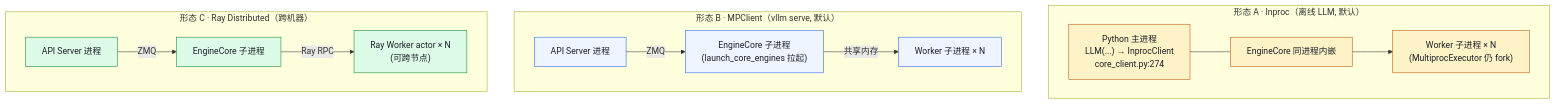
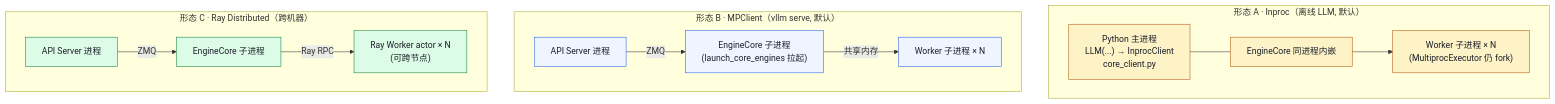
Before and after one commit to jwzheng96/vllm-learning-book: the second of 3 diagrams in 01-overview/05-process-and-ipc-internals.md, drawn with Mermaid. The commit also changed other lines of this file and 29 other files, not shown here.

````diff
--- a/01-overview/05-process-and-ipc-internals.md
+++ b/01-overview/05-process-and-ipc-internals.md
@@ -92,28 +109,28 @@
 ```mermaid
 flowchart TB
     subgraph A["形态 A · Inproc（离线 LLM, 默认）"]
-        A1["Python 主进程<br/>LLM(...) → InprocClient<br/>core_client.py:274"]
+        A1["Python 主进程<br/>LLM(...) → InprocClient<br/>core_client.py"]
         A2["EngineCore 同进程内嵌"]
         A3["Worker 子进程 × N<br/>(MultiprocExecutor 仍 fork)"]
         A1 --- A2 --> A3
     end
     subgraph B["形态 B · MPClient（vllm serve, 默认）"]
         B1["API Server 进程"]
         B2["EngineCore 子进程<br/>(launch_core_engines 拉起)"]
         B3["Worker 子进程 × N"]
         B1 -- ZMQ --> B2 -- 共享内存 --> B3
     end
     subgraph C["形态 C · Ray Distributed（跨机器）"]
         C1["API Server 进程"]
         C2["EngineCore 子进程"]
         C3["Ray Worker actor × N<br/>(可跨节点)"]
         C1 -- ZMQ --> C2 -- Ray RPC --> C3
     end
 
     classDef a fill:#fef3c7,stroke:#b45309,color:#1a1f29;
     classDef b fill:#eff5ff,stroke:#2563eb,color:#1a1f29;
     classDef c fill:#dcfce7,stroke:#15803d,color:#1a1f29;
     class A1,A2,A3 a;
     class B1,B2,B3 b;
     class C1,C2,C3 c;
 ```
````
